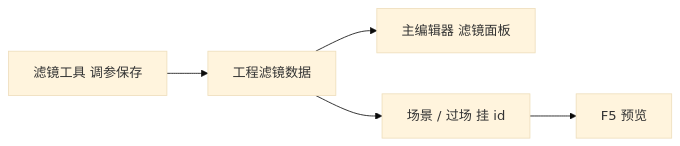
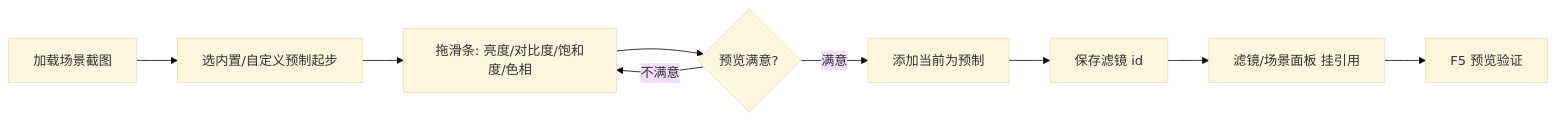
One commit to wubugui/GDoc changed the diagram in docs/editors/render-domain/filter-tool.md. Above: the diagram before and after it, drawn with Mermaid (base theme). The commit also changed other lines of this file and 112 other files, not shown here.

````diff
--- a/docs/editors/render-domain/filter-tool.md
+++ b/docs/editors/render-domain/filter-tool.md
@@ -78,11 +35,11 @@
 ```mermaid
 flowchart LR
-  FT[滤镜工具 调参保存]
-  FD[工程滤镜数据]
-  FP[主编辑器 滤镜面板]
-  SC[场景 / 过场 挂 id]
-  FT --> FD
-  FD --> FP
-  FD --> SC
-  SC --> PV[F5 预览]
+  LOAD[加载场景截图] --> PRESET[选内置/自定义预制起步]
+  PRESET --> SLIDER[拖滑条: 亮度/对比度/饱和度/色相]
+  SLIDER --> PREVIEW{预览满意?}
+  PREVIEW -- 不满意 --> SLIDER
+  PREVIEW -- 满意 --> ADD[添加当前为预制]
+  ADD --> SAVE[保存滤镜 id]
+  SAVE --> PANEL[滤镜/场景面板 挂引用]
+  PANEL --> PV[F5 预览验证]
 ```
````
